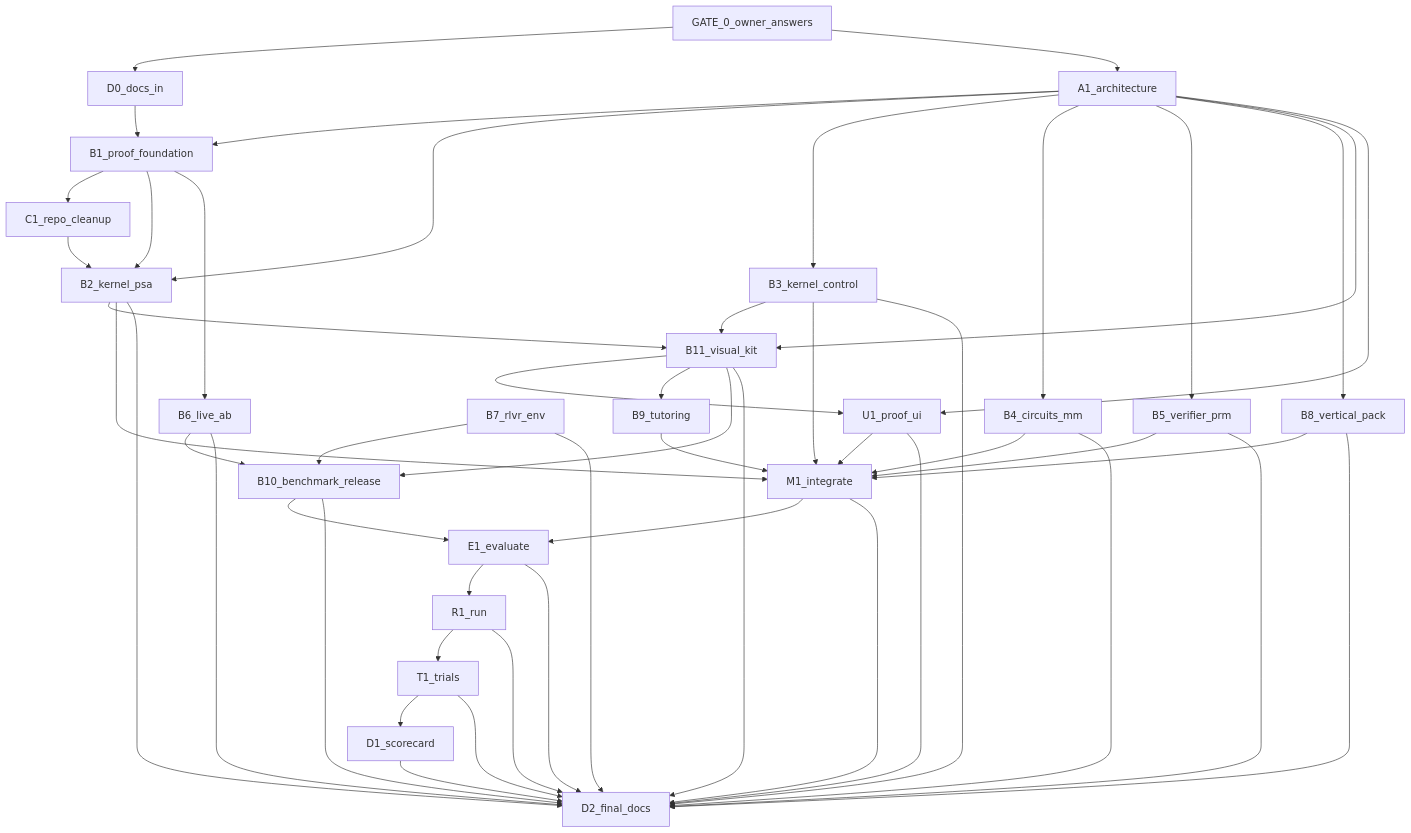
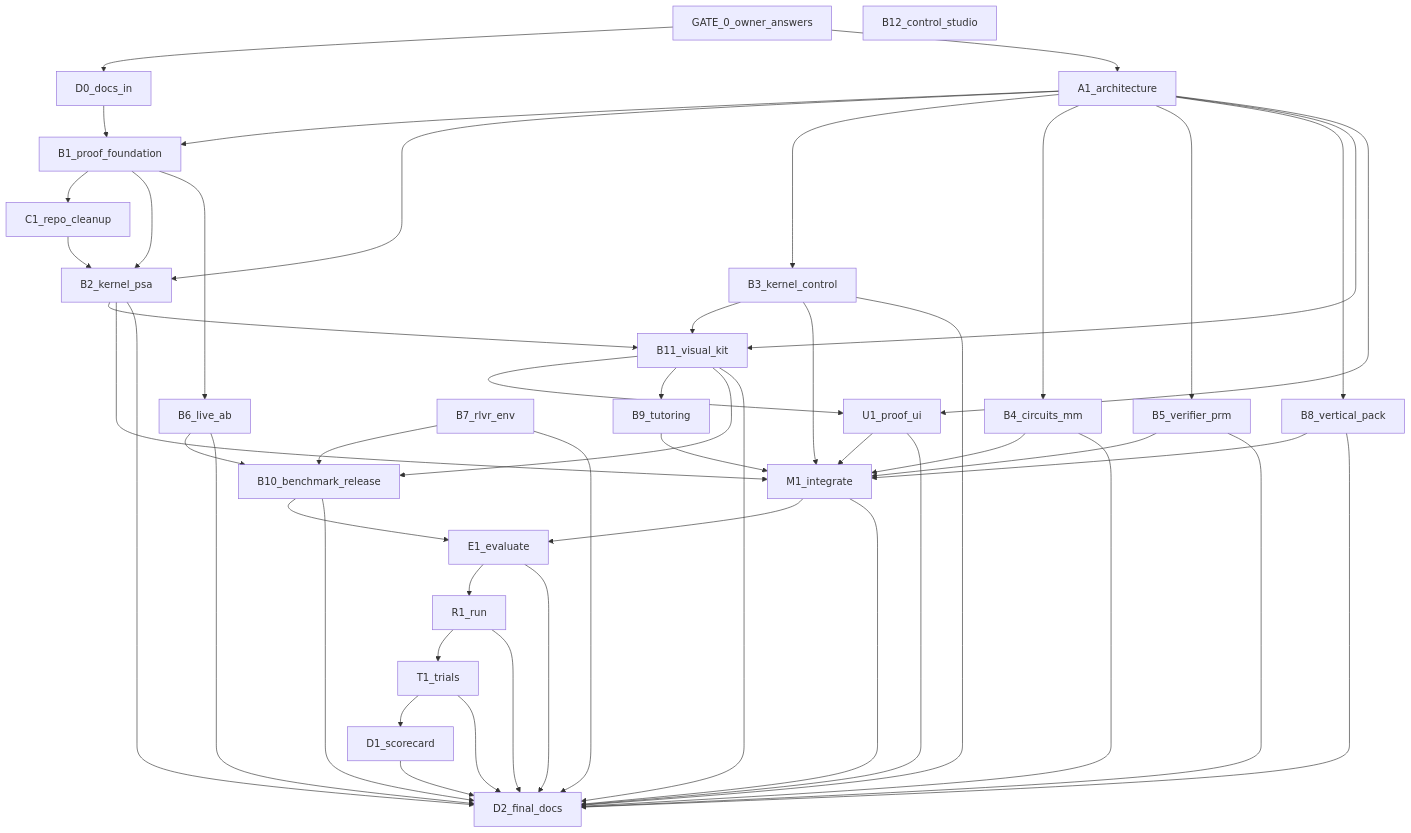
The diagram in docs/planning/frontier-2026-11/EXECUTION_GRAPH.md (Vinayak-RZ/ARC), drawn with Mermaid before and after one commit. The commit also changed other lines of this file and 26 other files, not shown here.

Commit message:
feat(control-studio): block-diagram editor, MCP, and python-control backend

````diff
--- a/docs/planning/frontier-2026-11/EXECUTION_GRAPH.md
+++ b/docs/planning/frontier-2026-11/EXECUTION_GRAPH.md
@@ -67,75 +68,76 @@
 ```mermaid
 flowchart TB
   G0[GATE_0_owner_answers]
   D0[D0_docs_in]
   A1[A1_architecture]
   B1[B1_proof_foundation]
   C1[C1_repo_cleanup]
   B2[B2_kernel_psa]
   B3[B3_kernel_control]
   B4[B4_circuits_mm]
   B5[B5_verifier_prm]
   B6[B6_live_ab]
   B7[B7_rlvr_env]
   B8[B8_vertical_pack]
   B9[B9_tutoring]
   B10[B10_benchmark_release]
   B11[B11_visual_kit]
+  B12[B12_control_studio]
   U1[U1_proof_ui]
   M1[M1_integrate]
   E1[E1_evaluate]
   R1[R1_run]
   T1[T1_trials]
   D1[D1_scorecard]
   D2[D2_final_docs]
 
   G0 --> D0
   G0 --> A1
   D0 --> B1
   A1 --> B1
   A1 --> B2
   A1 --> B3
   A1 --> B4
   A1 --> B5
   A1 --> B8
   A1 --> B11
   B2 --> B11
   B3 --> B11
   B11 --> U1
   B11 --> B9
   B11 --> B10
   B1 --> C1
   C1 --> B2
   B1 --> B2
   B1 --> B6
   B2 --> M1
   B3 --> M1
   B4 --> M1
   B5 --> M1
   B6 --> B10
   B7 --> B10
   B8 --> M1
   B9 --> M1
   A1 --> U1
   U1 --> M1
   B10 --> E1
   M1 --> E1
   E1 --> R1
   R1 --> T1
   T1 --> D1
   D1 --> D2
   B2 --> D2
   B3 --> D2
   B4 --> D2
   B5 --> D2
   B6 --> D2
   B7 --> D2
   B8 --> D2
   B10 --> D2
   B11 --> D2
   U1 --> D2
   M1 --> D2
   E1 --> D2
   R1 --> D2
   T1 --> D2
 ```
````
